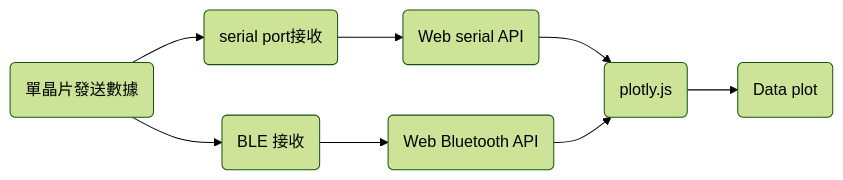
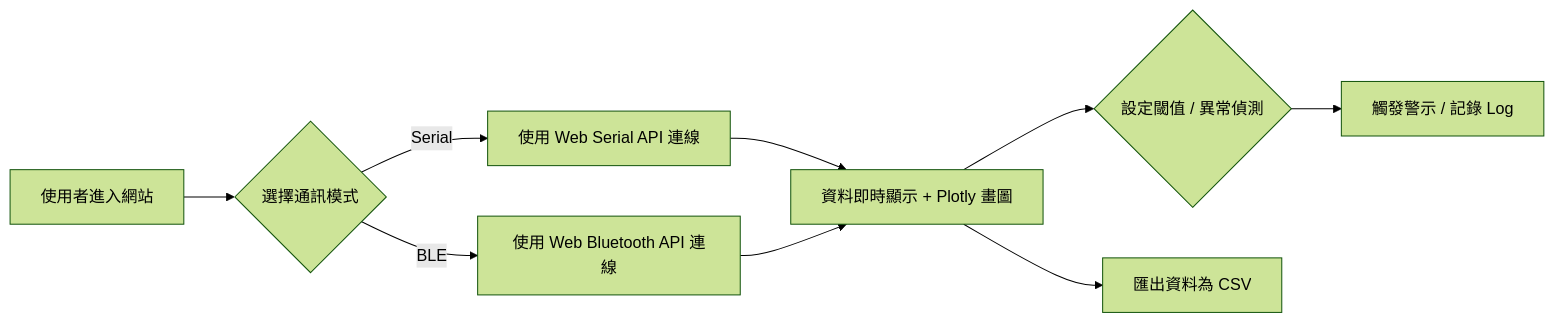
Before and after one commit to TONYWU115/My-project: the diagram in README.md, drawn with Mermaid (forest theme). The commit also changed other lines of this file and 3 other files, not shown here.

````diff
--- a/README.md
+++ b/README.md
@@ -31,12 +32,11 @@
 ```mermaid
 flowchart LR
-    A(單晶片發送數據) -->B(serial port接收)
-    B --> C(Web serial API)
-    C --> D(plotly.js)
-    D --> E(Data plot)
-
-    A --> F(BLE 接收)
-    F --> G(Web Bluetooth API)
-    G --> D
-
+A[使用者進入網站] --> B{選擇通訊模式}
+B -->|Serial| C[使用 Web Serial API 連線]
+B -->|BLE| D[使用 Web Bluetooth API 連線]
+C --> E[資料即時顯示 + Plotly 畫圖]
+D --> E
+E --> F{設定閾值 / 異常偵測}
+F --> G[觸發警示 / 記錄 Log]
+E --> H[匯出資料為 CSV]
 ```
````
